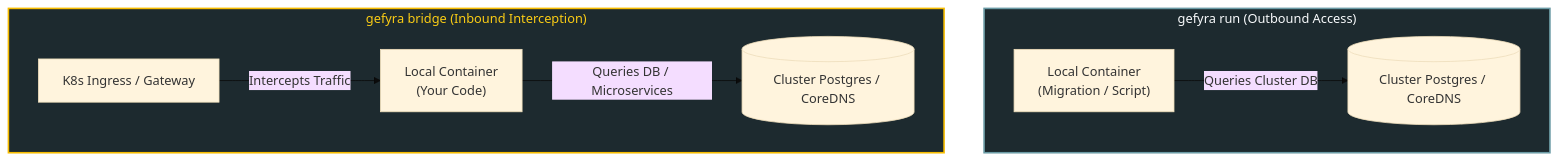
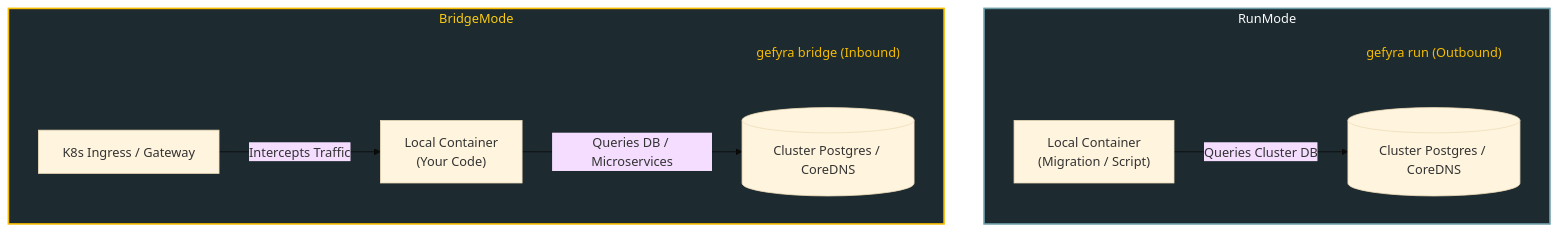
One commit to gefyrahq/gefyra changed the diagram in gefyra-docs/content/en/3.developer-workflows/3.bridge-vs-run.md. Above: the diagram before and after it, drawn with Mermaid (base theme). The commit also changed 11 other files, not shown here.

Commit message:
docs(#MARKETING-1226): enhance Mermaid diagrams and typography for improved clarity and consistency across documentation

````diff
--- a/gefyra-docs/content/en/3.developer-workflows/3.bridge-vs-run.md
+++ b/gefyra-docs/content/en/3.developer-workflows/3.bridge-vs-run.md
@@ -31,18 +31,22 @@
 ```mermaid
 flowchart TD
-    subgraph RunMode["gefyra run (Outbound Access)"]
+    subgraph RunMode
         direction LR
+        RunTitle[["gefyra run (Outbound)"]]
         LocalContainer1["Local Container<br/>(Migration / Script)"] -->|Queries Cluster DB| ClusterDB[("Cluster Postgres / CoreDNS")]
     end
 
-    subgraph BridgeMode["gefyra bridge (Inbound Interception)"]
+    subgraph BridgeMode
         direction LR
+        BridgeTitle[["gefyra bridge (Inbound)"]]
         ClusterIngress["K8s Ingress / Gateway"] -->|Intercepts Traffic| LocalContainer2["Local Container<br/>(Your Code)"]
         LocalContainer2 -->|Queries DB / Microservices| ClusterDB2[("Cluster Postgres / CoreDNS")]
     end
 
+    classDef groupTitle fill:transparent,stroke:none,color:#f6bc00;
     classDef runBox fill:#1d2a2f,stroke:#6b9ba5,stroke-width:2px,color:#f8fafc;
     classDef bridgeBox fill:#1d2a2f,stroke:#f6bc00,stroke-width:2px,color:#facc15;
+    class RunTitle,BridgeTitle groupTitle;
     class RunMode runBox;
     class BridgeMode bridgeBox;
 ```
````
